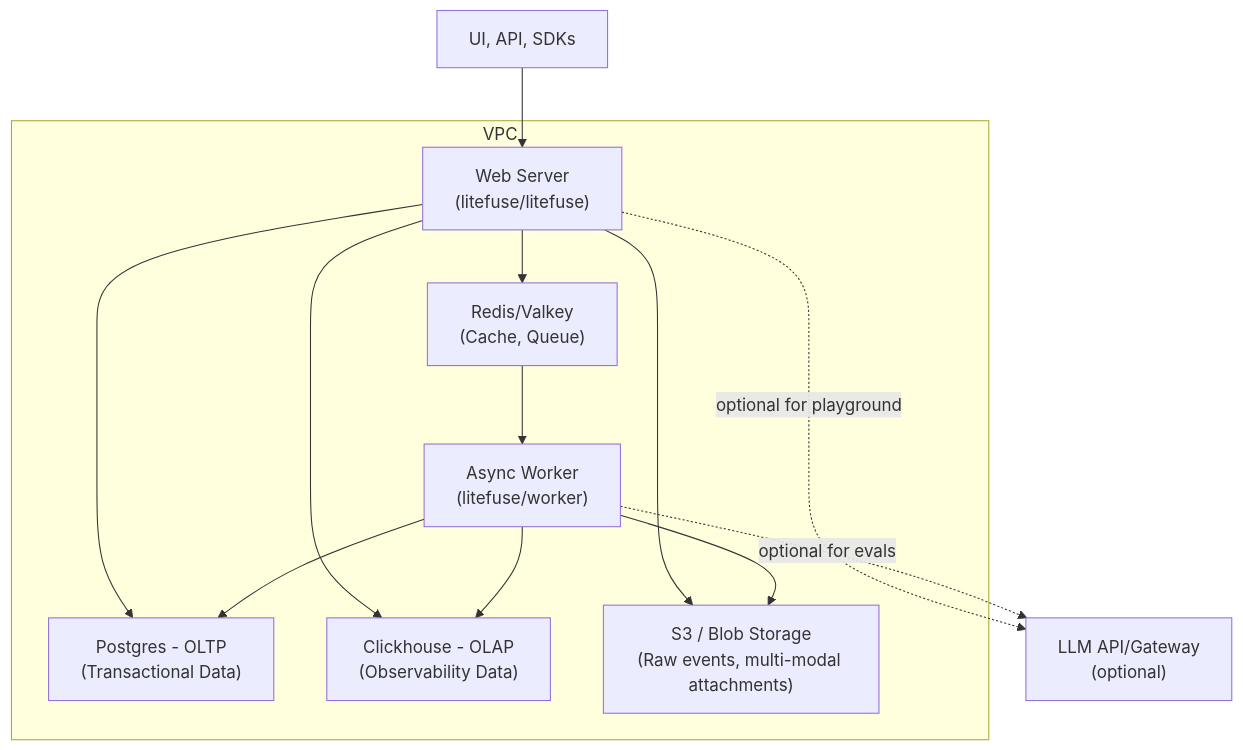
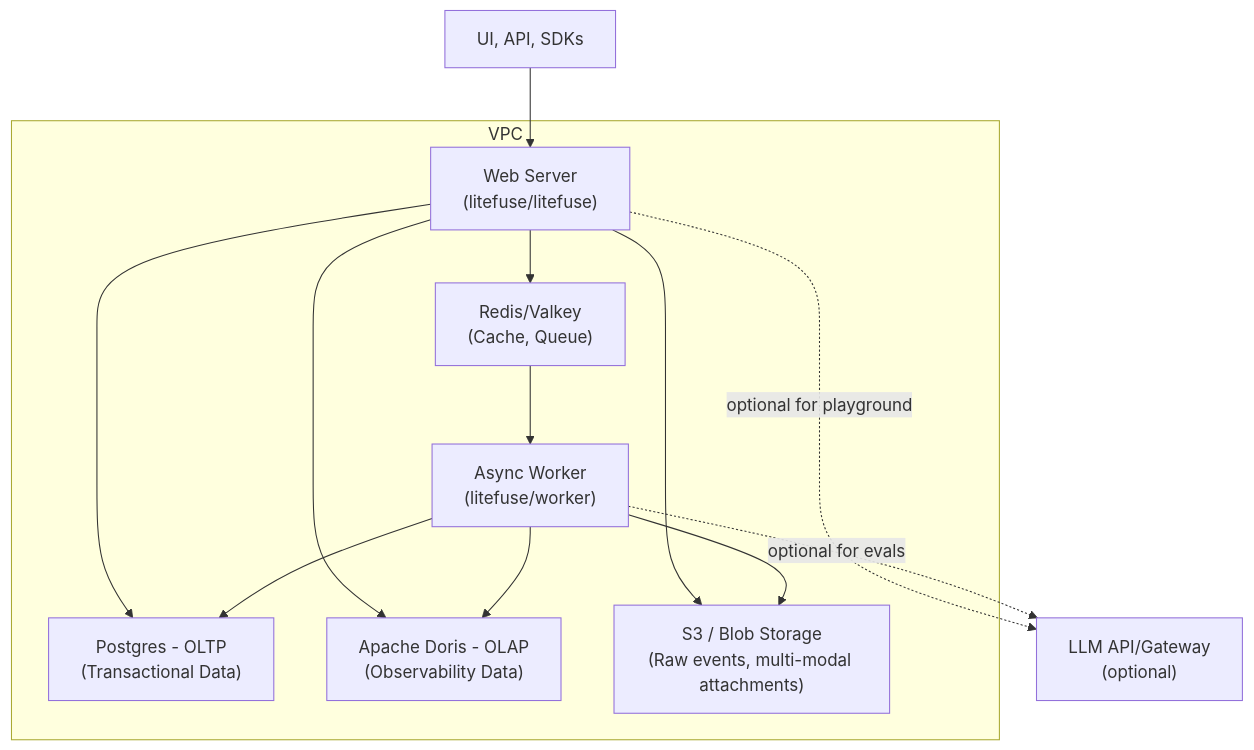
Before and after one commit to bingquanzhao/litefuse-opensource: the diagram in CONTRIBUTING.md, drawn with Mermaid. The commit also changed other lines of this file, not shown here.

````diff
--- a/CONTRIBUTING.md
+++ b/CONTRIBUTING.md
@@ -64,26 +65,26 @@
 ```mermaid
 flowchart TB
     User["UI, API, SDKs"]
     subgraph vpc["VPC"]
         Web["Web Server<br/>(litefuse/litefuse)"]
         Worker["Async Worker<br/>(litefuse/worker)"]
         Postgres["Postgres - OLTP<br/>(Transactional Data)"]
         Cache["Redis/Valkey<br/>(Cache, Queue)"]
-        Clickhouse["Clickhouse - OLAP<br/>(Observability Data)"]
+        Doris["Apache Doris - OLAP<br/>(Observability Data)"]
         S3["S3 / Blob Storage<br/>(Raw events, multi-modal attachments)"]
     end
     LLM["LLM API/Gateway<br/>(optional)"]
 
     User --> Web
     Web --> S3
     Web --> Postgres
     Web --> Cache
-    Web --> Clickhouse
+    Web --> Doris
     Web -.->|"optional for playground"| LLM
 
     Cache --> Worker
-    Worker --> Clickhouse
+    Worker --> Doris
     Worker --> Postgres
     Worker --> S3
     Worker -.->|"optional for evals"| LLM
 ```
````
